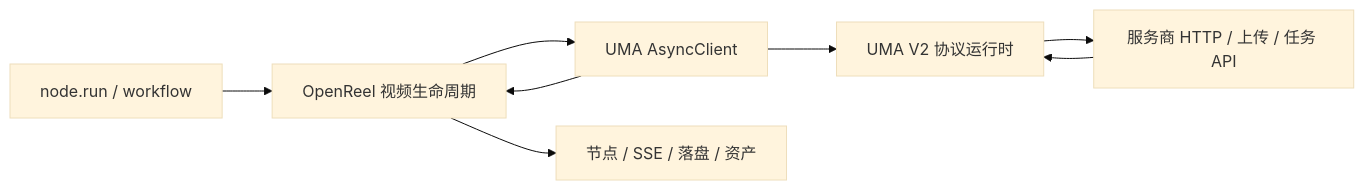
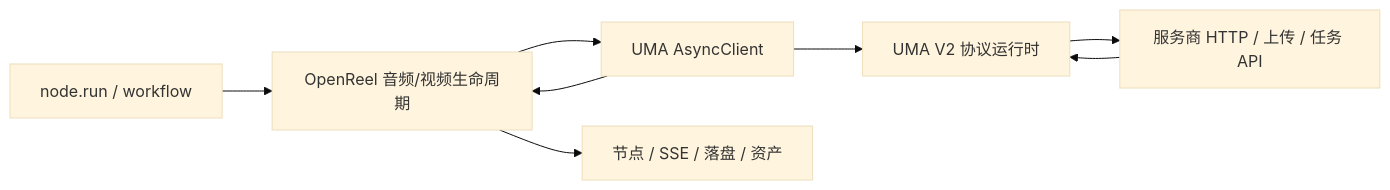
Before and after one commit to yutianxiao6/openreel-studio: the second of 2 diagrams in docs/zh-CN/model-providers.md, drawn with Mermaid (base theme). The commit also changed other lines of this file and 31 other files, not shown here.

````diff
--- a/docs/zh-CN/model-providers.md
+++ b/docs/zh-CN/model-providers.md
@@ -98,10 +98,10 @@
 ```mermaid
 flowchart LR
-  A[node.run / workflow] --> B[OpenReel 视频生命周期]
+  A[node.run / workflow] --> B[OpenReel 音频/视频生命周期]
   B --> C[UMA AsyncClient]
   C --> D[UMA V2 协议运行时]
   D --> E[服务商 HTTP / 上传 / 任务 API]
   E --> D
   C --> B
   B --> F[节点 / SSE / 落盘 / 资产]
 ```
````
